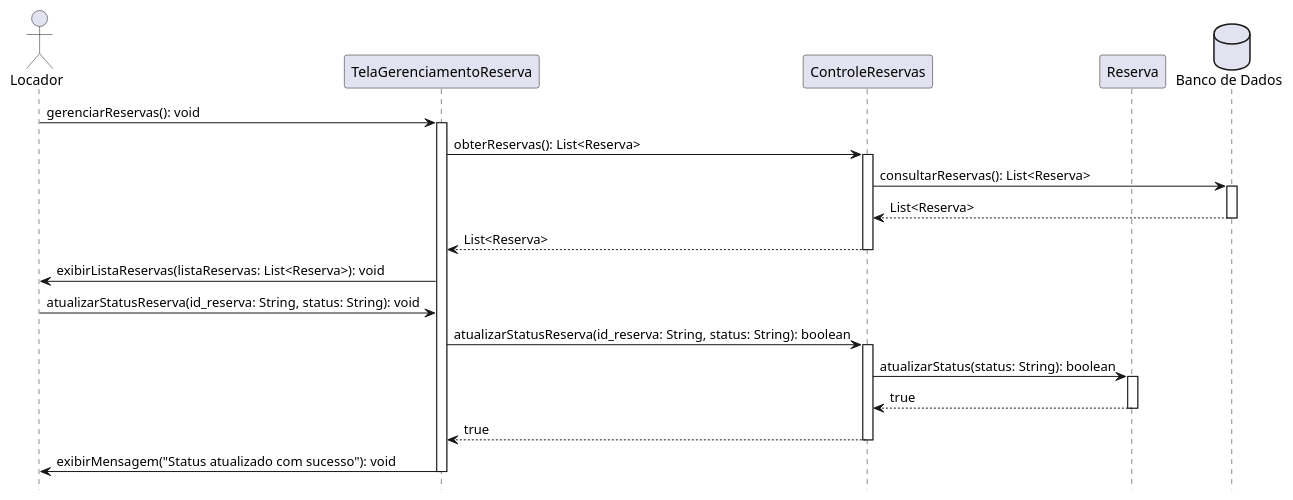
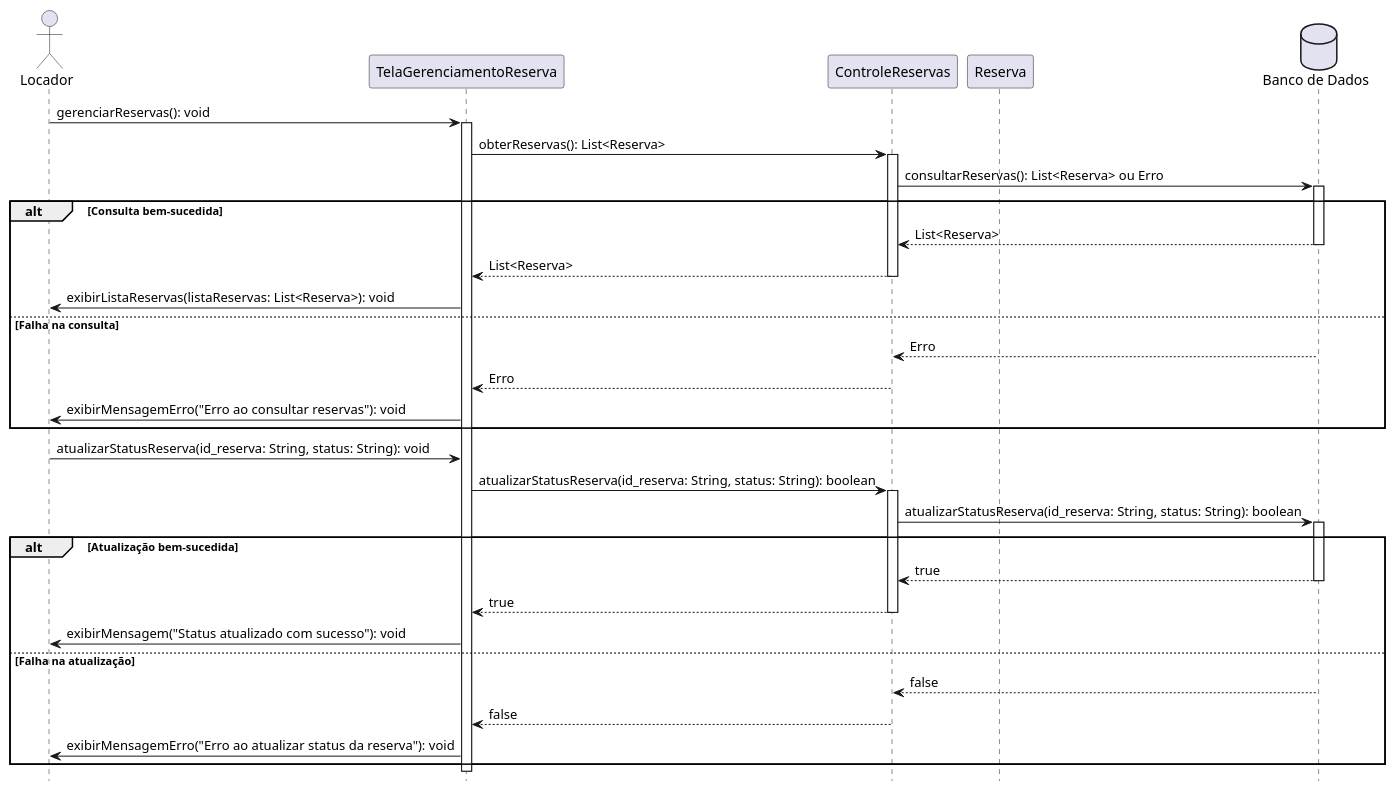
Before and after one commit to clarameira/SistemaImoveis: the diagram in sequencialocadorGERENCIARRESERVAS.iuml, drawn with PlantUML. The commit also changed 3 other files, not shown here.

Commit message:
Diagramas de Sequencia de Locador com Fluxo Alternativo

```diff
--- a/sequencialocadorGERENCIARRESERVAS.iuml
+++ b/sequencialocadorGERENCIARRESERVAS.iuml
@@ -1,40 +1,65 @@
 @startuml "Gerenciar Reservas"
 hide footbox
 
 actor Locador as locador
 participant "TelaGerenciamentoReserva" as tela_gerenciamento
 participant "ControleReservas" as controle_reservas
 participant "Reserva" as reserva
 database "Banco de Dados" as bd
 
+' Fluxo para obter reservas
 locador -> tela_gerenciamento: gerenciarReservas(): void
 activate tela_gerenciamento
 tela_gerenciamento -> controle_reservas: obterReservas(): List<Reserva>
 activate controle_reservas
 
-controle_reservas -> bd: consultarReservas(): List<Reserva>
+controle_reservas -> bd: consultarReservas(): List<Reserva> ou Erro
 activate bd
-bd --> controle_reservas: List<Reserva>
-deactivate bd
 
-controle_reservas --> tela_gerenciamento: List<Reserva>
-deactivate controle_reservas
+alt Consulta bem-sucedida
+    bd --> controle_reservas: List<Reserva>
+    deactivate bd
 
-tela_gerenciamento -> locador: exibirListaReservas(listaReservas: List<Reserva>): void
+    controle_reservas --> tela_gerenciamento: List<Reserva>
+    deactivate controle_reservas
 
+    tela_gerenciamento -> locador: exibirListaReservas(listaReservas: List<Reserva>): void
+else Falha na consulta
+    bd --> controle_reservas: Erro
+    deactivate bd
+
+    controle_reservas --> tela_gerenciamento: Erro
+    deactivate controle_reservas
+
+    tela_gerenciamento -> locador: exibirMensagemErro("Erro ao consultar reservas"): void
+end
+
+' Fluxo para atualizar status de reserva
 locador -> tela_gerenciamento: atualizarStatusReserva(id_reserva: String, status: String): void
 tela_gerenciamento -> controle_reservas: atualizarStatusReserva(id_reserva: String, status: String): boolean
 activate controle_reservas
 
-controle_reservas -> reserva: atualizarStatus(status: String): boolean
-activate reserva
-reserva --> controle_reservas: true
-deactivate reserva
+controle_reservas -> bd: atualizarStatusReserva(id_reserva: String, status: String): boolean
+activate bd
 
-controle_reservas --> tela_gerenciamento: true
-deactivate controle_reservas
+alt Atualização bem-sucedida
+    bd --> controle_reservas: true
+    deactivate bd
 
-tela_gerenciamento -> locador: exibirMensagem("Status atualizado com sucesso"): void
+    controle_reservas --> tela_gerenciamento: true
+    deactivate controle_reservas
+
+    tela_gerenciamento -> locador: exibirMensagem("Status atualizado com sucesso"): void
+else Falha na atualização
+    bd --> controle_reservas: false
+    deactivate bd
+
+    controle_reservas --> tela_gerenciamento: false
+    deactivate controle_reservas
+
+    tela_gerenciamento -> locador: exibirMensagemErro("Erro ao atualizar status da reserva"): void
+end
+
 deactivate tela_gerenciamento
 
 @enduml
```
